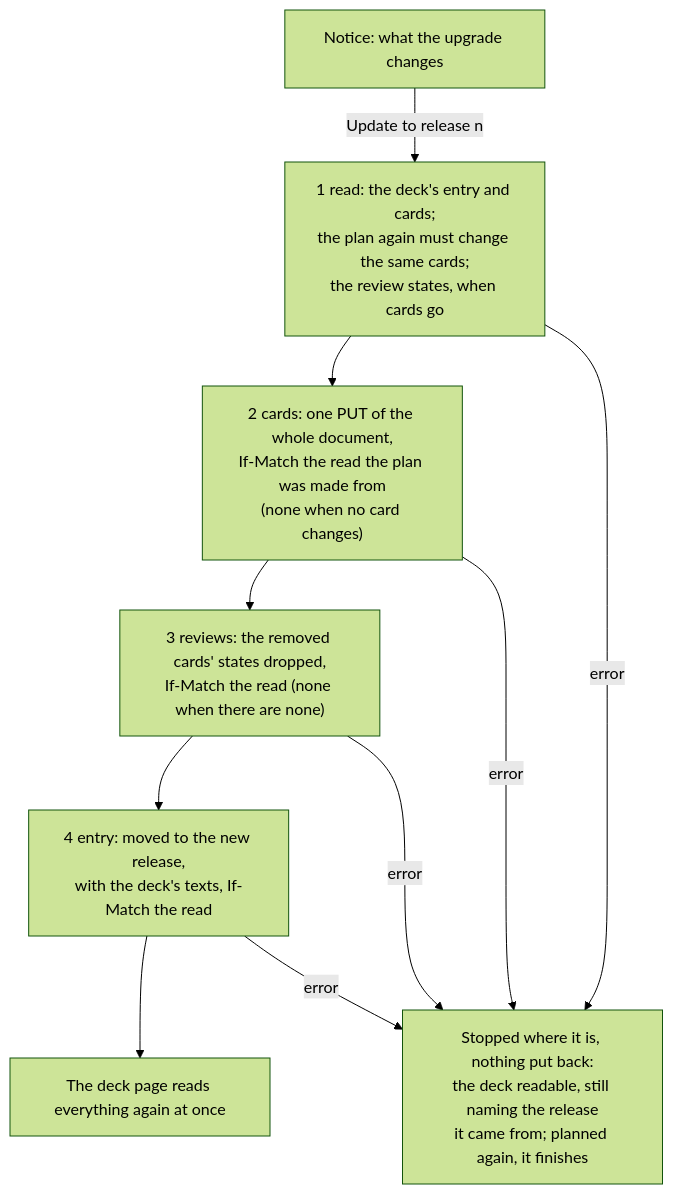
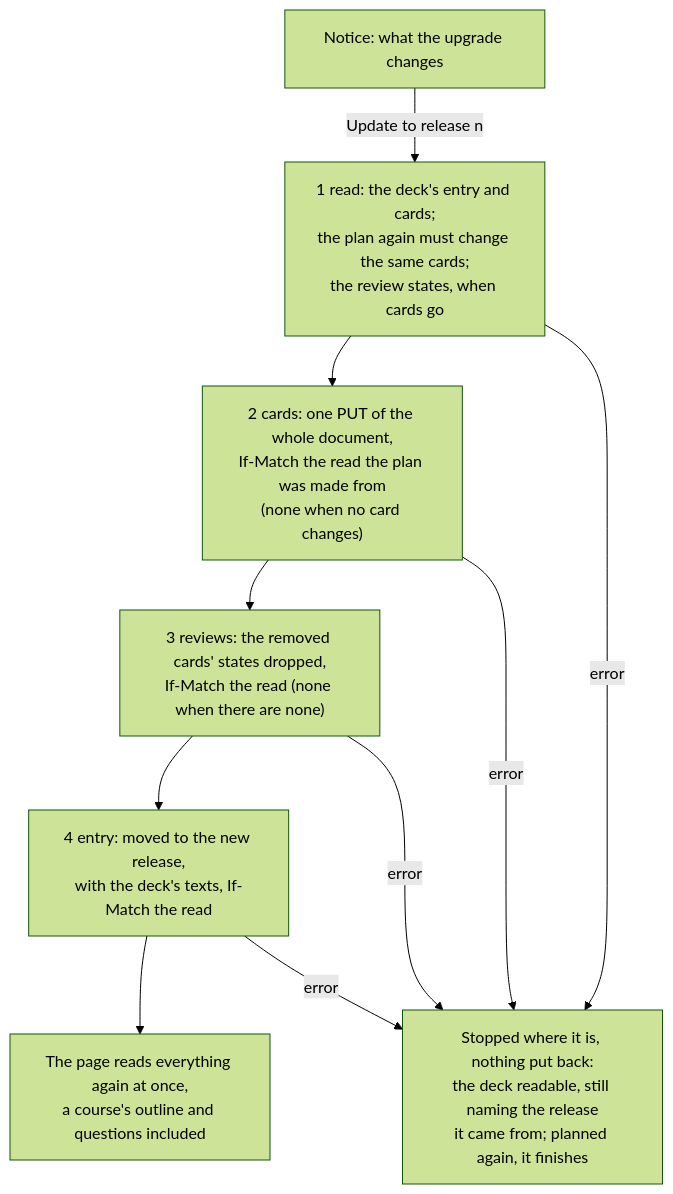
Before and after one commit to solid-memo/website: the third of 3 diagrams in docs/migrations.md, drawn with Mermaid (forest theme). The commit also changed other lines of this file and 37 other files, not shown here.

First line of the commit message:
Offer a started course a release that changes its outline, and walk a chapter in the browser

````diff
--- a/docs/migrations.md
+++ b/docs/migrations.md
@@ -575,9 +585,9 @@
 ```mermaid
 flowchart TD
     offer["Notice: what the upgrade changes"] -->|Update to release n| read["1 read: the deck's entry and cards;<br/>the plan again must change the same cards;<br/>the review states, when cards go"]
     read --> cards["2 cards: one PUT of the whole document,<br/>If-Match the read the plan was made from<br/>(none when no card changes)"]
     cards --> reviews["3 reviews: the removed cards' states dropped,<br/>If-Match the read (none when there are none)"]
     reviews --> entry["4 entry: moved to the new release,<br/>with the deck's texts, If-Match the read"]
-    entry --> refresh["The deck page reads everything again at once"]
+    entry --> refresh["The page reads everything again at once,<br/>a course's outline and questions included"]
     read & cards & reviews & entry -->|error| stop["Stopped where it is, nothing put back:<br/>the deck readable, still naming the release<br/>it came from; planned again, it finishes"]
 ```
````
